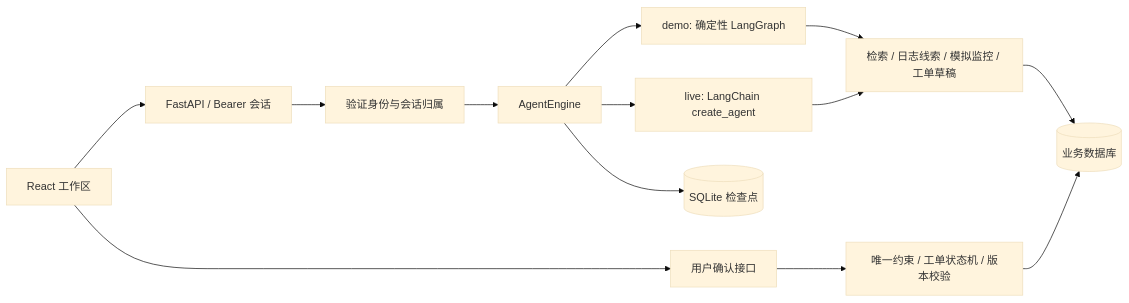
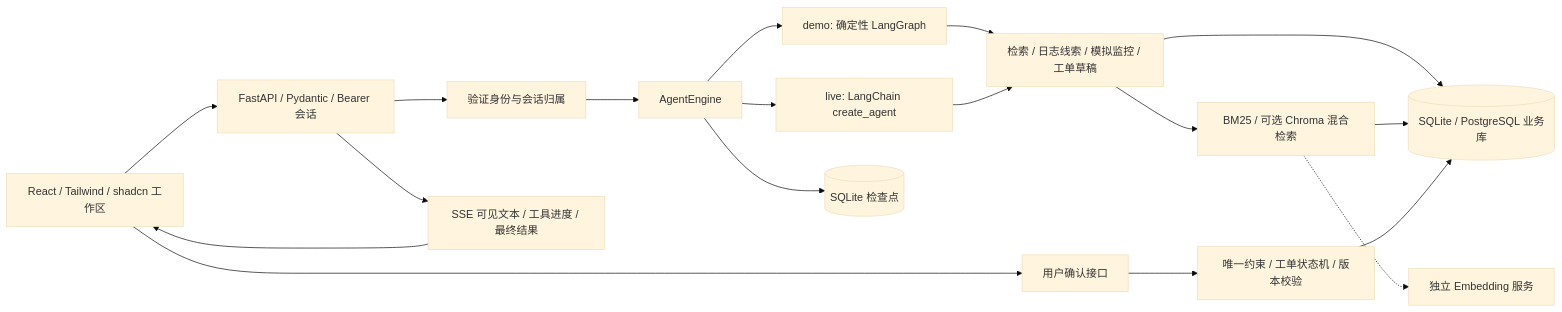
Before and after one commit to zhaoganghaoshuai-byte/support-flow: the diagram in docs/architecture.md, drawn with Mermaid (base theme). The commit also changed other lines of this file and 76 other files, not shown here.

````diff
--- a/docs/architecture.md
+++ b/docs/architecture.md
@@ -7,15 +7,20 @@
 ```mermaid
 flowchart LR
-    UI[React 工作区] --> API[FastAPI / Bearer 会话]
+    UI[React / Tailwind / shadcn 工作区] --> API[FastAPI / Pydantic / Bearer 会话]
     API --> Auth[验证身份与会话归属]
     Auth --> Agent[AgentEngine]
     Agent --> Demo[demo: 确定性 LangGraph]
     Agent --> Live[live: LangChain create_agent]
     Demo --> Tools[检索 / 日志线索 / 模拟监控 / 工单草稿]
     Live --> Tools
     Agent --> Checkpoint[(SQLite 检查点)]
-    Tools --> DB[(业务数据库)]
+    Tools --> DB
+    Tools --> Retrieval[BM25 / 可选 Chroma 混合检索]
+    Retrieval --> DB[(SQLite / PostgreSQL 业务库)]
+    Retrieval -.-> Embedding[独立 Embedding 服务]
+    API --> SSE[SSE 可见文本 / 工具进度 / 最终结果]
+    SSE --> UI
     UI --> Confirm[用户确认接口]
     Confirm --> Ticket[唯一约束 / 工单状态机 / 版本校验]
     Ticket --> DB
 ```
````
